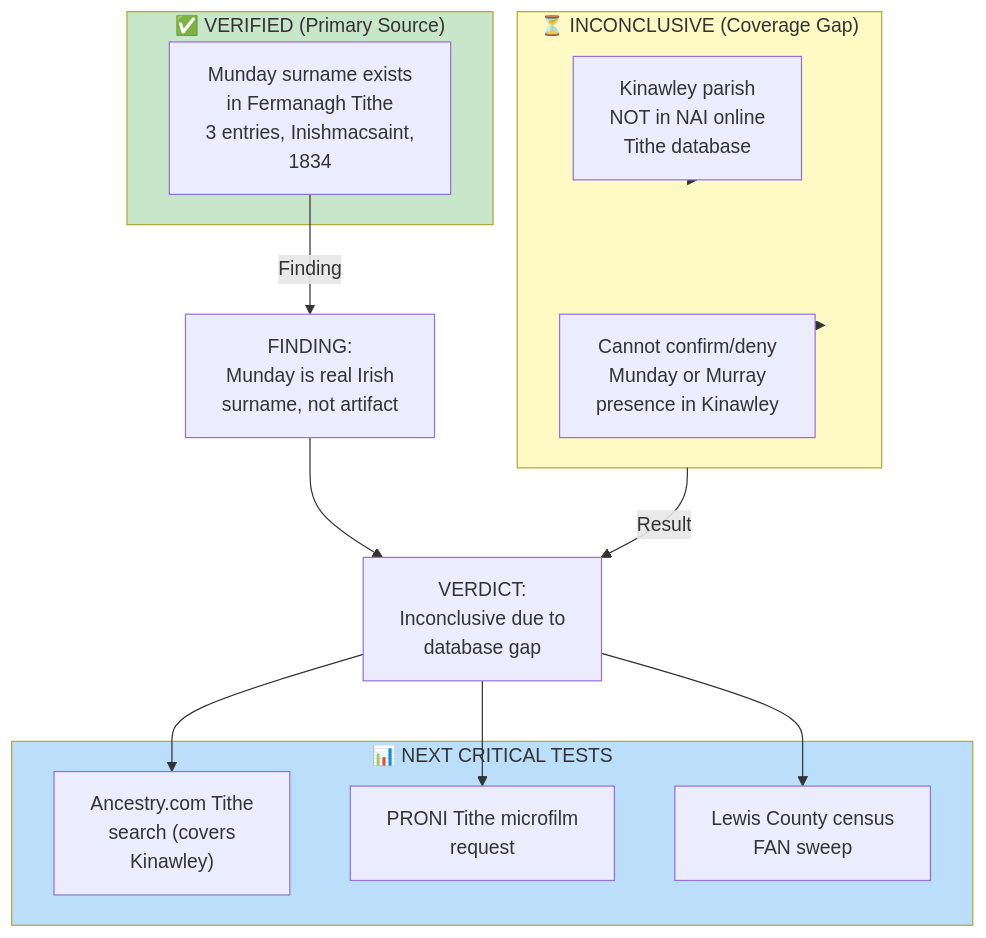
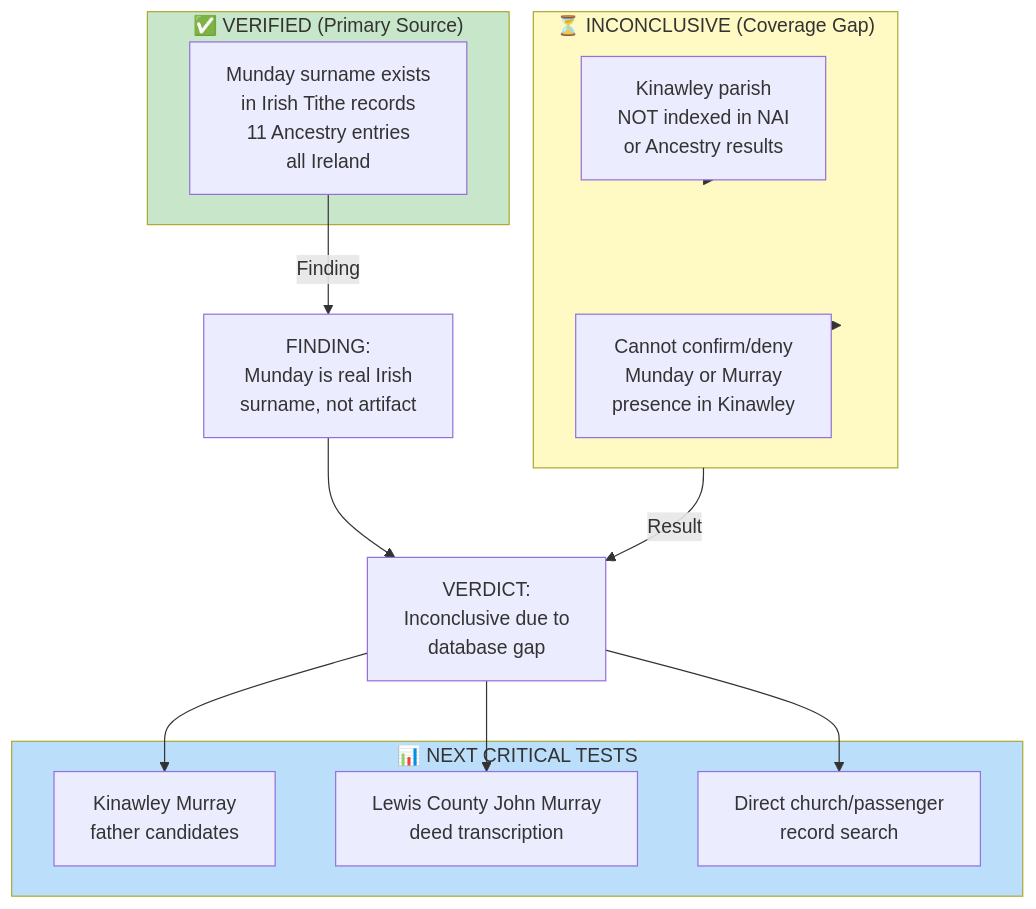
The diagram in RQ-M5-TITHE-APPLOTMENT-SEARCH.md (zcopley/copley-family-research), drawn with Mermaid before and after one commit. The commit also changed other lines of this file and 15 other files, not shown here.

Commit message:
Resolve RQ-M5 and add Gatton branch chart

````diff
--- a/RQ-M5-TITHE-APPLOTMENT-SEARCH.md
+++ b/RQ-M5-TITHE-APPLOTMENT-SEARCH.md
@@ -143,32 +148,32 @@
 ```mermaid
 graph TB
     subgraph VERIFIED["✅ VERIFIED (Primary Source)"]
-        V1["Munday surname exists<br/>in Fermanagh Tithe<br/>3 entries, Inishmacsaint,<br/>1834"]
+        V1["Munday surname exists<br/>in Irish Tithe records<br/>11 Ancestry entries<br/>all Ireland"]
     end
     
     subgraph INCONCLUSIVE["⏳ INCONCLUSIVE (Coverage Gap)"]
-        I1["Kinawley parish<br/>NOT in NAI online<br/>Tithe database"]
+        I1["Kinawley parish<br/>NOT indexed in NAI<br/>or Ancestry results"]
         I2["Cannot confirm/deny<br/>Munday or Murray<br/>presence in Kinawley"]
     end
     
     subgraph NEXT_TEST["📊 NEXT CRITICAL TESTS"]
-        N1["Ancestry.com Tithe<br/>search (covers<br/>Kinawley)"]
-        N2["PRONI Tithe microfilm<br/>request"]
-        N3["Lewis County census<br/>FAN sweep"]
+        N1["Kinawley Murray<br/>father candidates"]
+        N2["Lewis County John Murray<br/>deed transcription"]
+        N3["Direct church/passenger<br/>record search"]
     end
     
     V1 -->|Finding| FINDING["FINDING:<br/>Munday is real Irish<br/>surname, not artifact"]
     I1 --> INCONCLUSIVE
     I2 --> INCONCLUSIVE
     
     INCONCLUSIVE -->|Result| VERDICT["VERDICT:<br/>Inconclusive due to<br/>database gap"]
     FINDING --> VERDICT
     
     VERDICT --> N1
     VERDICT --> N2
     VERDICT --> N3
     
     style VERIFIED fill:#c8e6c9
     style INCONCLUSIVE fill:#fff9c4
     style NEXT_TEST fill:#bbdefb
 ```
````
